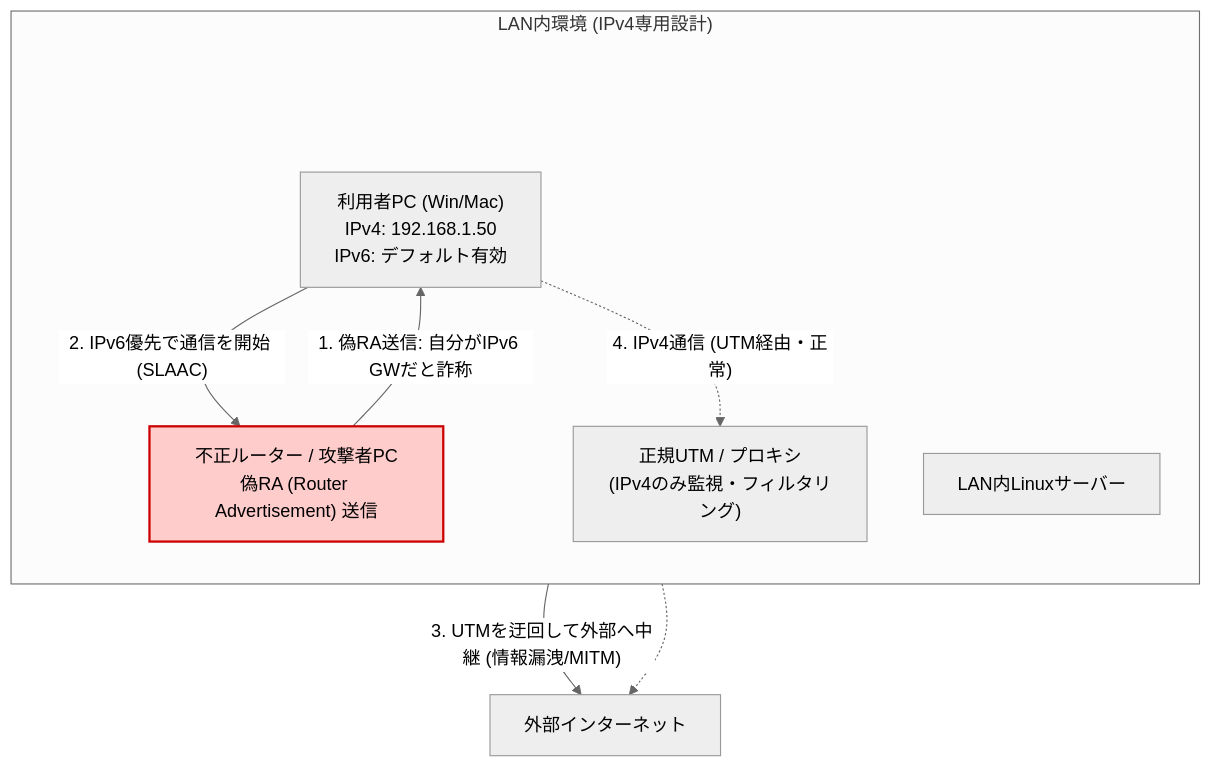
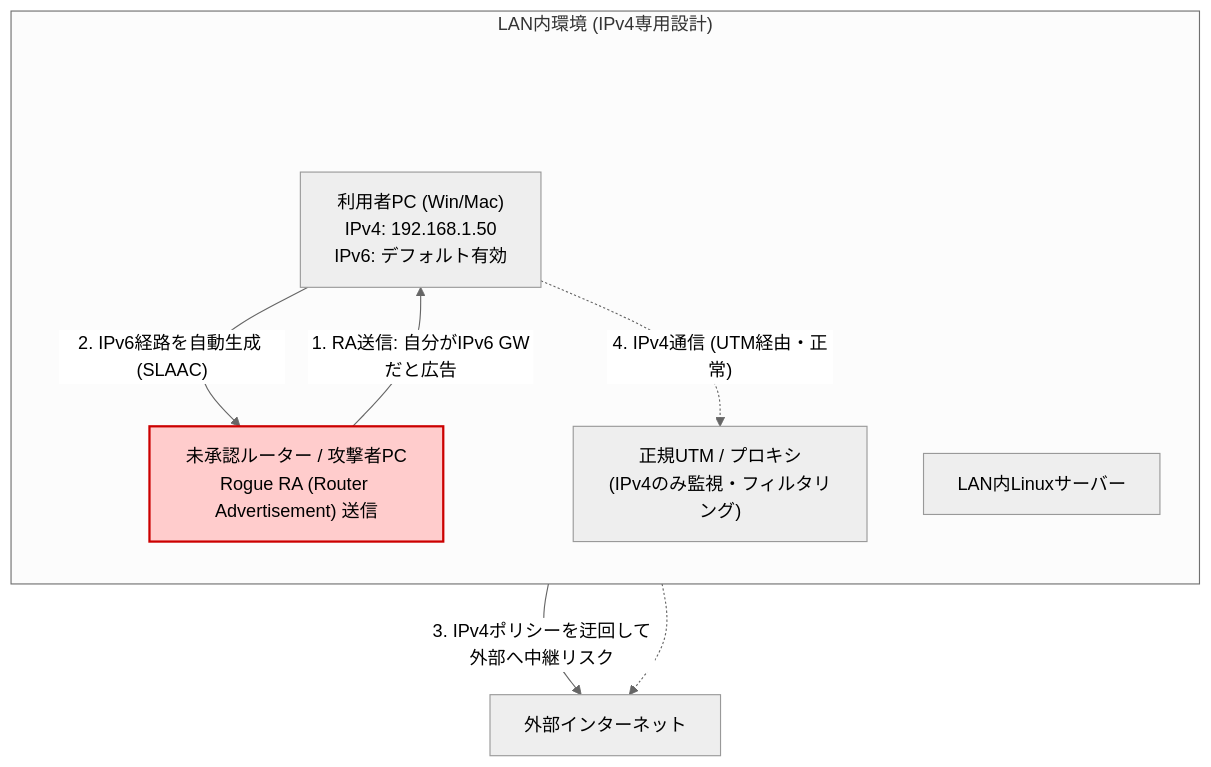
One commit to ojisantech/ojisan-arsenal changed the diagram in QIITA_ARTICLE_DETAIL_57.md. Above: the diagram before and after it, drawn with Mermaid (neutral theme). The commit also changed other lines of this file, not shown here.

Commit message:
refactor: 第57弾詳細解説の表現適正化（Rogue RA整理・バイパス表現緩和・Yamaha/Ciscoルーター設定追加）

````diff
--- a/QIITA_ARTICLE_DETAIL_57.md
+++ b/QIITA_ARTICLE_DETAIL_57.md
@@ -33,24 +38,24 @@
 ```mermaid
 flowchart TD
     subgraph LAN["LAN内環境 (IPv4専用設計)"]
         direction TB
         spacer_lan[" "] ~~~ Client
         style spacer_lan fill:none,stroke:none;
         Client["利用者PC (Win/Mac)<br/>IPv4: 192.168.1.50<br/>IPv6: デフォルト有効"]
-        Rogue["不正ルーター / 攻撃者PC<br/>偽RA (Router Advertisement) 送信"]
+        Rogue["未承認ルーター / 攻撃者PC<br/>Rogue RA (Router Advertisement) 送信"]
         UTM["正規UTM / プロキシ<br/>(IPv4のみ監視・フィルタリング)"]
         LinuxHost["LAN内Linuxサーバー"]
     end
 
     Internet["外部インターネット"]
 
-    Rogue -- "1. 偽RA送信: 自分がIPv6 GWだと詐称" --> Client
-    Client -- "2. IPv6優先で通信を開始 (SLAAC)" --> Rogue
-    Rogue -- "3. UTMを迂回して外部へ中継 (情報漏洩/MITM)" --> Internet
+    Rogue -- "1. RA送信: 自分がIPv6 GWだと広告" --> Client
+    Client -- "2. IPv6経路を自動生成 (SLAAC)" --> Rogue
+    Rogue -- "3. IPv4ポリシーを迂回して外部へ中継リスク" --> Internet
 
     Client -. "4. IPv4通信 (UTM経由・正常)" .-> UTM
     UTM -.-> Internet
 
     classDef danger fill:#ffcccc,stroke:#cc0000,stroke-width:2px;
     class Rogue danger;
 ```
````
